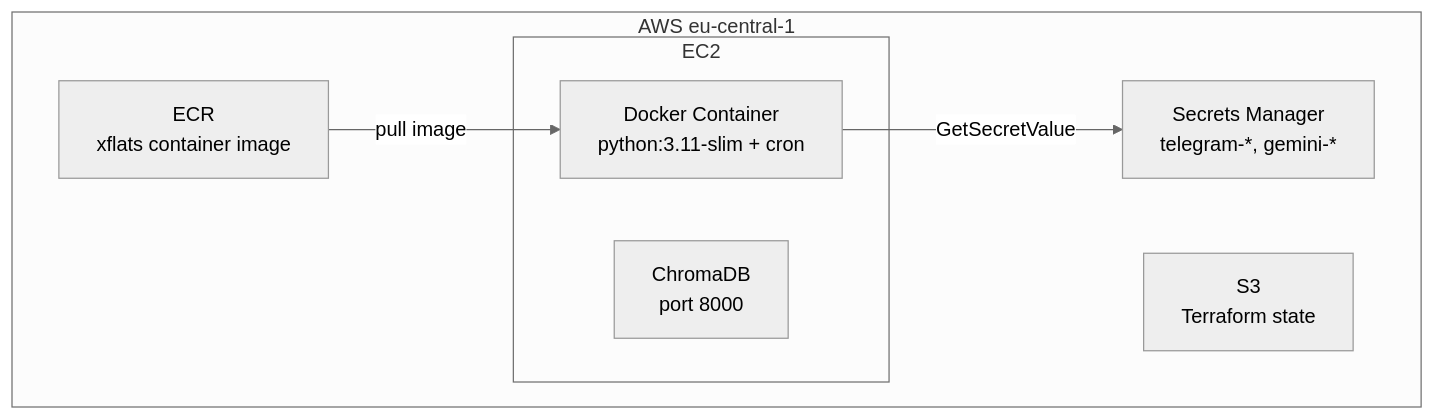
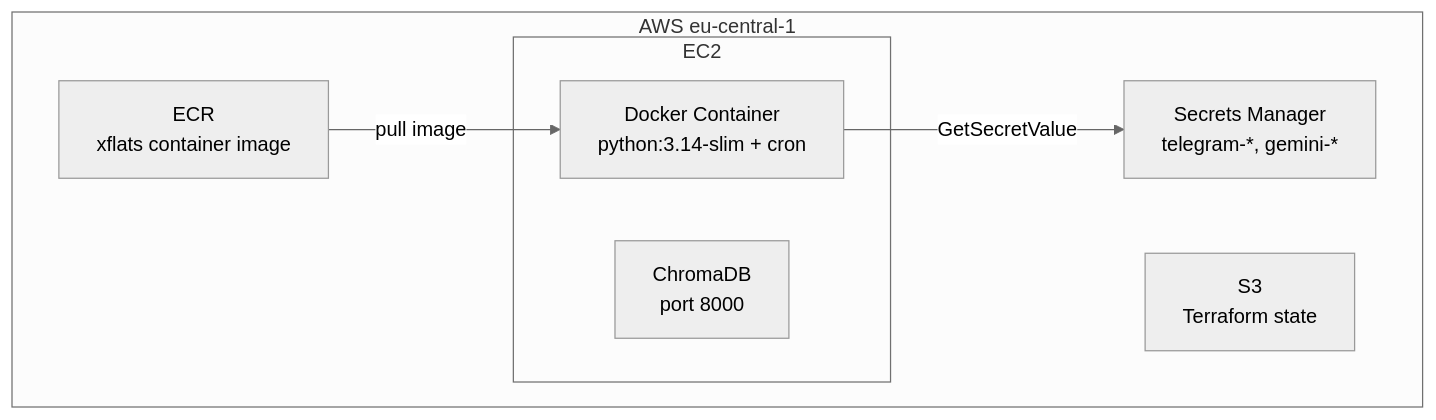
One commit to xSzpo/xFlats-Intelligent-Real-Estate-Assistant changed the third of 4 diagrams in docs/architecture.md. Above: the diagram before and after it, drawn with Mermaid (neutral theme). The commit also changed other lines of this file and 13 other files, not shown here.

````diff
--- a/docs/architecture.md
+++ b/docs/architecture.md
@@ -133,17 +133,17 @@
 ```mermaid
 graph TD
     subgraph "AWS eu-central-1"
         ECR["ECR<br/>xflats container image"]
         EC2["EC2 Instance"]
         SM["Secrets Manager<br/>telegram-*, gemini-*"]
         S3["S3<br/>Terraform state"]
 
         subgraph EC2
-            Docker["Docker Container<br/>python:3.11-slim + cron"]
+            Docker["Docker Container<br/>python:3.14-slim + cron"]
             ChromaDB["ChromaDB<br/>port 8000"]
         end
     end
 
     ECR -->|pull image| Docker
     Docker -->|GetSecretValue| SM
 ```
````
